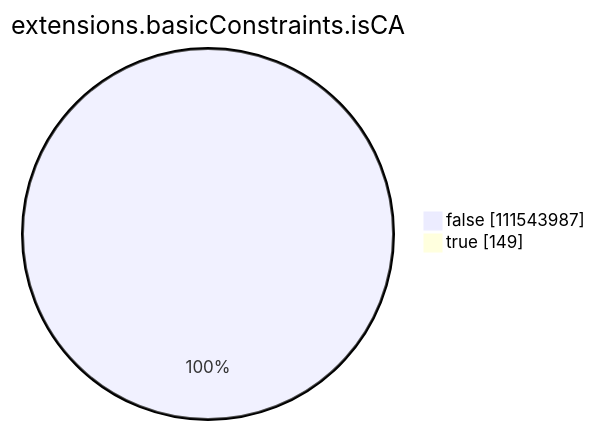
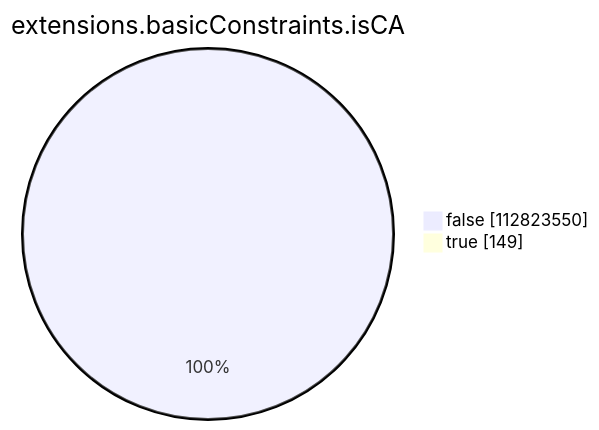
One commit to christiankrug/ctmonitor_visualization changed the seventh of 15 diagrams in xenon2023/README.md. Above: the diagram before and after it, drawn with Mermaid. The commit also changed other lines of this file, not shown here.

````diff
--- a/xenon2023/README.md
+++ b/xenon2023/README.md
@@ -2138,6 +2143,6 @@
 ```mermaid
 pie showData
 title extensions.basicConstraints.isCA
-"false" :111543987
+"false" :112823550
 "true" :149
 ```
````
